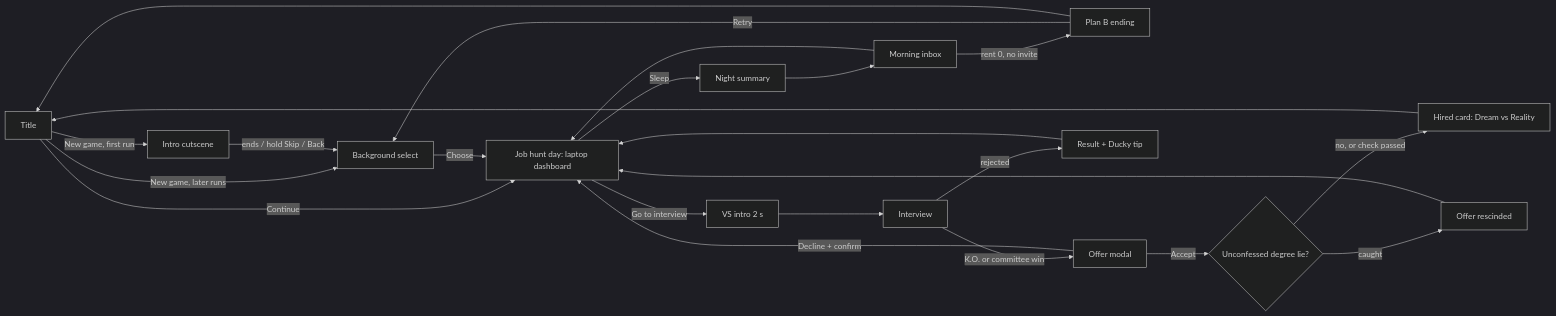
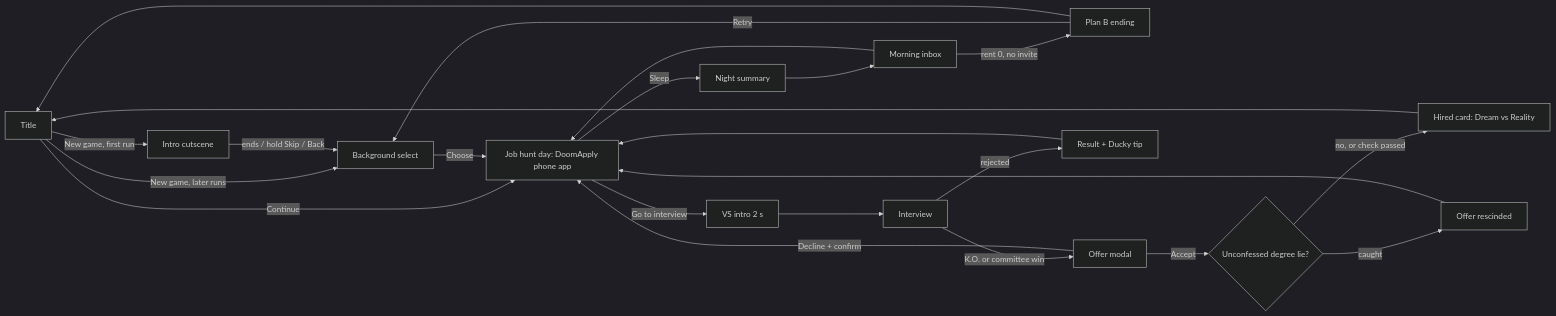
One commit to Lecoeurdelest/swe-simulator changed the diagram in docs/GDD.md. Above: the diagram before and after it, drawn with Mermaid (dark theme). The commit also changed other lines of this file and 21 other files, not shown here.

````diff
--- a/docs/GDD.md
+++ b/docs/GDD.md
@@ -320,20 +365,20 @@
 ```mermaid
 flowchart LR
   T[Title] -->|New game, first run| I[Intro cutscene]
   T -->|New game, later runs| B[Background select]
   T -->|Continue| H
   I -->|ends / hold Skip / Back| B
-  B -->|Choose| H[Job hunt day: laptop dashboard]
+  B -->|Choose| H[Job hunt day: DoomApply phone app]
   H -->|Sleep| N[Night summary] --> M[Morning inbox] --> H
   M -->|rent 0, no invite| P[Plan B ending]
   H -->|Go to interview| V[VS intro 2 s] --> IV[Interview]
   IV -->|K.O. or committee win| O[Offer modal]
   IV -->|rejected| R[Result + Ducky tip] --> H
   O -->|Accept| BC{Unconfessed degree lie?}
   BC -->|no, or check passed| W[Hired card: Dream vs Reality]
   BC -->|caught| RS[Offer rescinded] --> H
   O -->|Decline + confirm| H
   W --> T
   P -->|Retry| B
   P --> T
 ```
````
